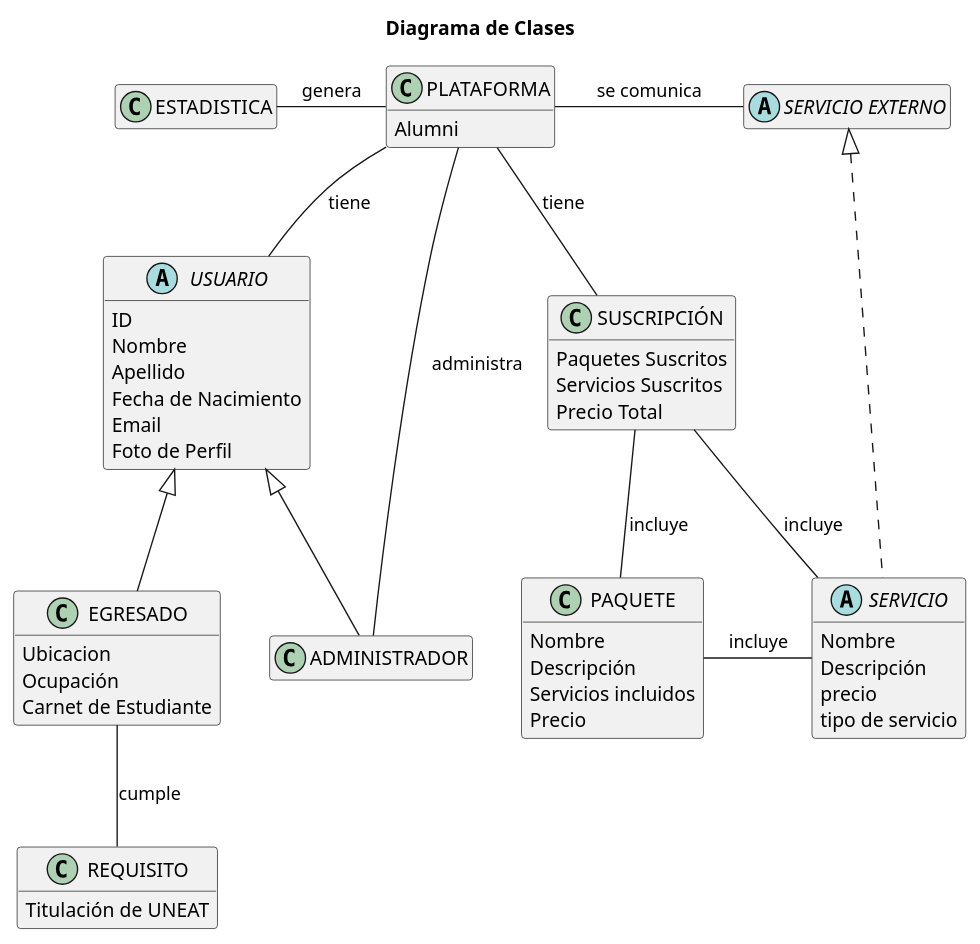
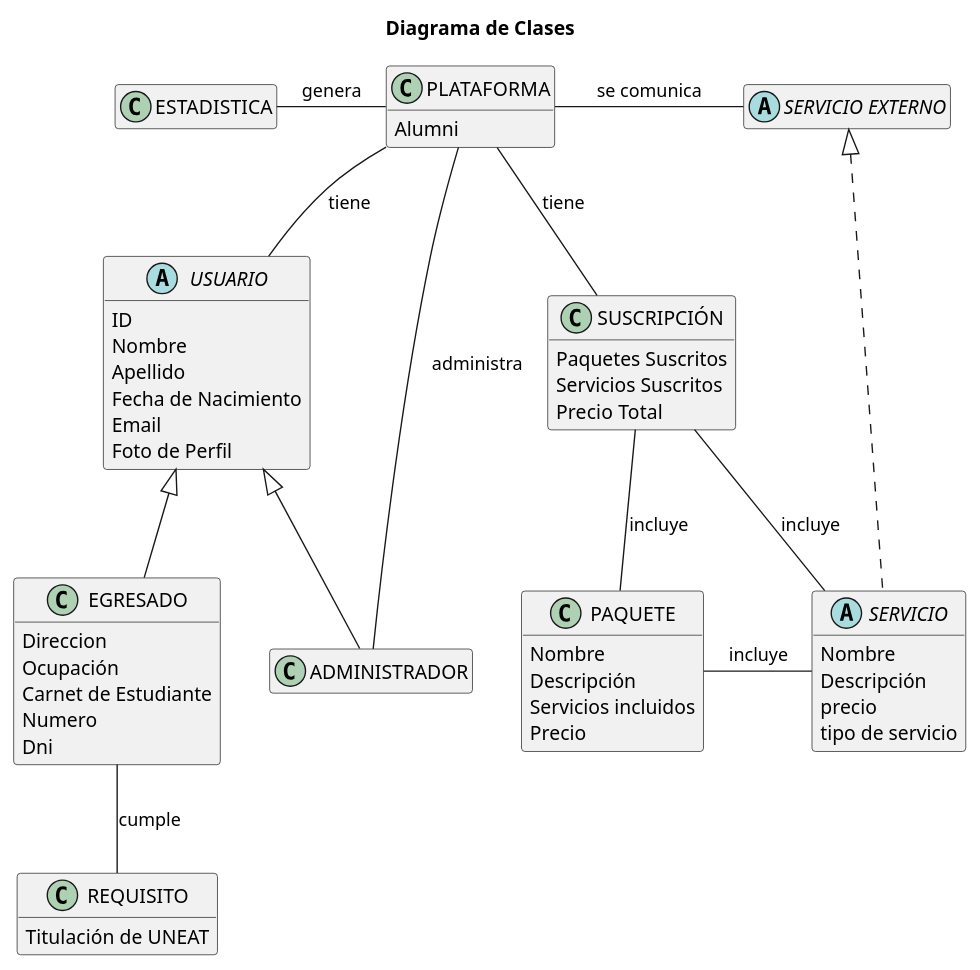
Before and after one commit to mmasias/23-24-IdSw1-SDR: the diagram in Modelo_de_Dominio/Diagramas_de_Clases/Diagramas_Finales/Cuarta_Iteración/Diagrama_de_Clases/Diagrama_de_Clases.puml, drawn with PlantUML. The commit also changed 1 other file, not shown here.

Commit message:
acualizar diagrama de clase

```diff
--- a/Modelo_de_Dominio/Diagramas_de_Clases/Diagramas_Finales/Cuarta_Iteración/Diagrama_de_Clases/Diagrama_de_Clases.puml
+++ b/Modelo_de_Dominio/Diagramas_de_Clases/Diagramas_Finales/Cuarta_Iteración/Diagrama_de_Clases/Diagrama_de_Clases.puml
@@ -1,84 +1,86 @@
-@startuml AumniClasses
+@startuml Diagrama_de_Clases
 
 title Diagrama de Clases
 
 '!theme amiga
 skinparam backgroundColor white
 skinparam defaultFontName Arial
 
 hide empty members
 
 class PLATAFORMA 
 {
    Alumni
 }
 
 abstract "SERVICIO EXTERNO"
 
 abstract USUARIO 
 {
     ID
     Nombre 
     Apellido
     Fecha de Nacimiento
     Email
     Foto de Perfil
 }
 
 class EGRESADO 
 {
-    Ubicacion
+    Direccion
     Ocupación
     Carnet de Estudiante
+    Numero
+    Dni
 }
 
 class ADMINISTRADOR 
 {
 }
 
 class REQUISITO 
 {
     Titulación de UNEAT
 }
 
 class ESTADISTICA 
 {
 }
 
 class SUSCRIPCIÓN 
 {
     Paquetes Suscritos
     Servicios Suscritos
     Precio Total
 }
 
 class PAQUETE
 {
     Nombre
     Descripción
     Servicios incluidos
     Precio
 }
 
 abstract SERVICIO 
 {
     Nombre 
     Descripción
     precio
     tipo de servicio
 }
 
 PLATAFORMA -- USUARIO : tiene
 PLATAFORMA -left ESTADISTICA : genera
 PLATAFORMA -right- "SERVICIO EXTERNO" : se comunica
 SERVICIO .up..|> "SERVICIO EXTERNO"
 SUSCRIPCIÓN -up- PLATAFORMA : tiene
 SUSCRIPCIÓN -- SERVICIO : incluye
 EGRESADO -- REQUISITO : cumple
 SUSCRIPCIÓN -- PAQUETE : incluye
 PAQUETE - SERVICIO : incluye
 USUARIO <|-- EGRESADO
 USUARIO <|-- ADMINISTRADOR
 ADMINISTRADOR -up- PLATAFORMA : administra
 
 @enduml
```
